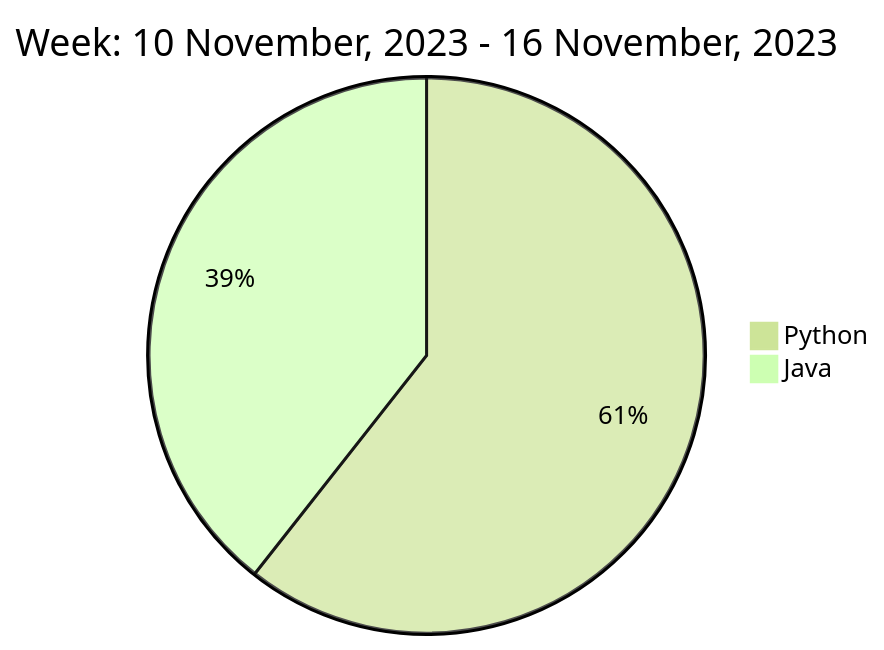
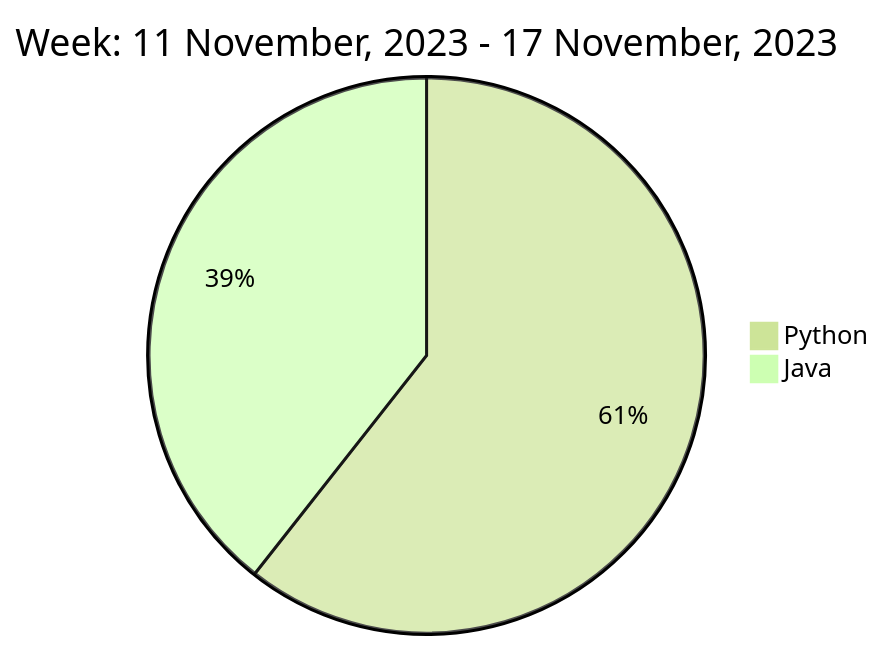
Before and after one commit to liubin95/liubin95: the diagram in README.md, drawn with Mermaid (forest theme).

Commit message:
Updated the Graph with new Metrics

````diff
--- a/README.md
+++ b/README.md
@@ -37,6 +37,6 @@
 ```mermaid
  pie
-title Week: 10 November, 2023 - 16 November, 2023
+title Week: 11 November, 2023 - 17 November, 2023
  "Python" : 2.57
  "Java" : 1.67
 ```
````
